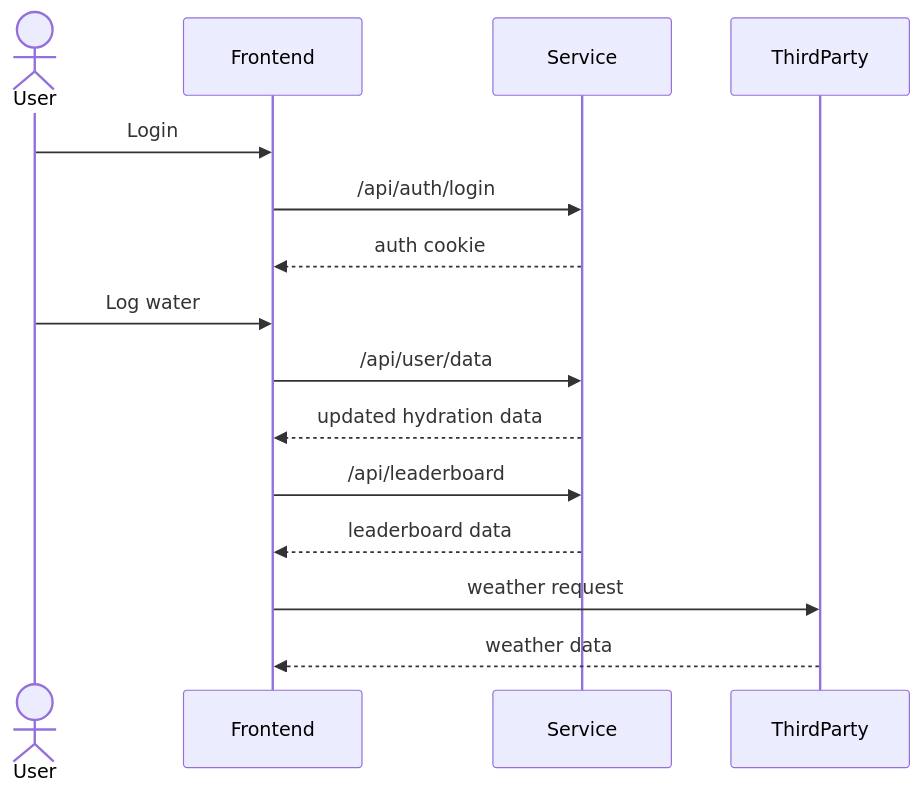
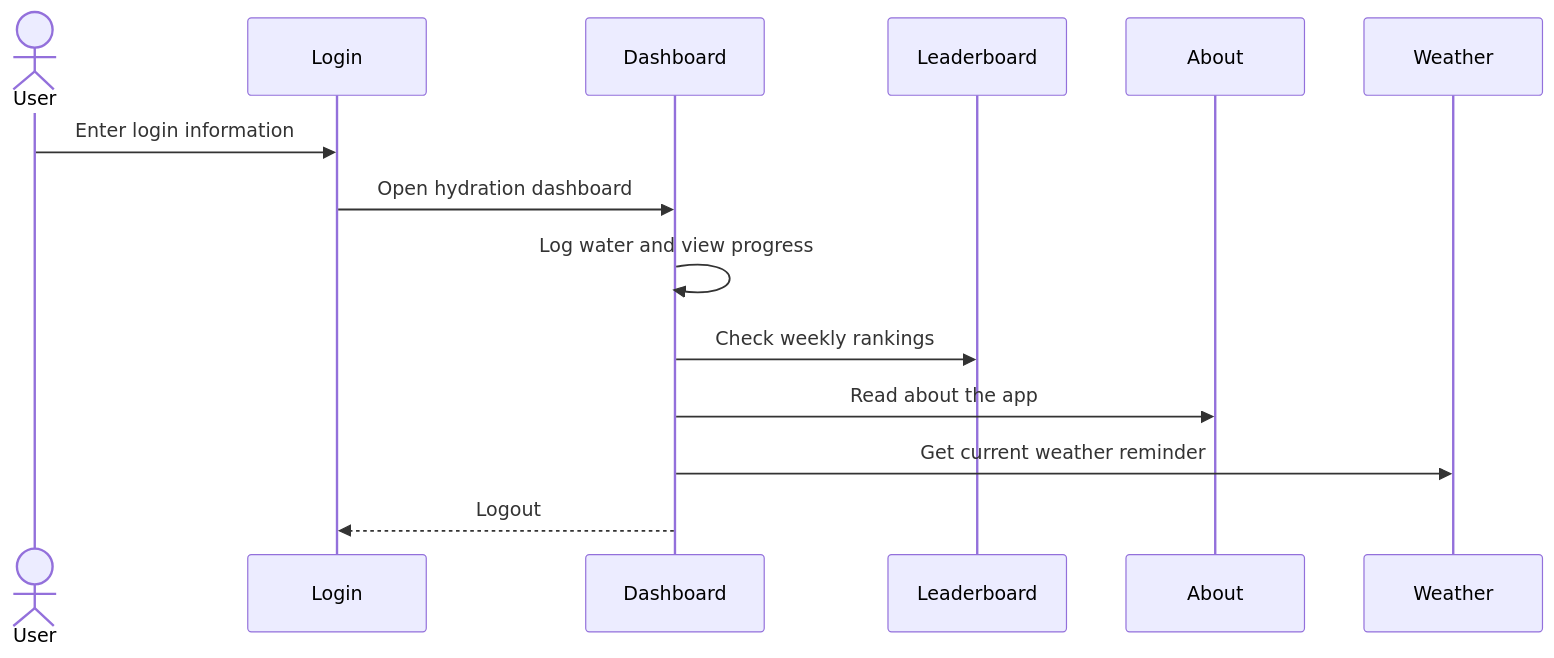
One commit to madelinecharles/startup changed the diagram in README.md. Above: the diagram before and after it, drawn with Mermaid. The commit also changed other lines of this file and 5 other files, not shown here.

Commit message:
hydration tracking logic and leaderboard functionality; update user authentication flow and error handling; refine component structure and styling across the app

````diff
--- a/README.md
+++ b/README.md
@@ -23,18 +29,11 @@
 ```mermaid
 sequenceDiagram
     actor User
-    participant Frontend
-    participant Service
-    participant ThirdParty
-
-    User->>Frontend: Login
-    Frontend->>Service: /api/auth/login
-    Service-->>Frontend: auth cookie
-    User->>Frontend: Log water
-    Frontend->>Service: /api/user/data
-    Service-->>Frontend: updated hydration data
-    Frontend->>Service: /api/leaderboard
-    Service-->>Frontend: leaderboard data
-    Frontend->>ThirdParty: weather request
-    ThirdParty-->>Frontend: weather data
+    User->>Login: Enter login information
+    Login->>Dashboard: Open hydration dashboard
+    Dashboard->>Dashboard: Log water and view progress
+    Dashboard->>Leaderboard: Check weekly rankings
+    Dashboard->>About: Read about the app
+    Dashboard->>Weather: Get current weather reminder
+    Dashboard-->>Login: Logout
 ```
````
